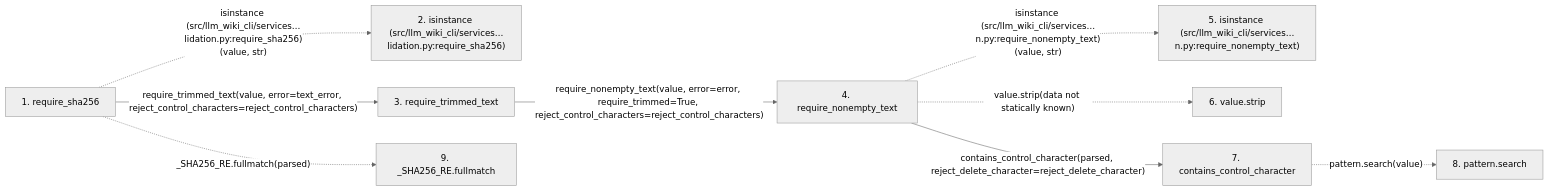
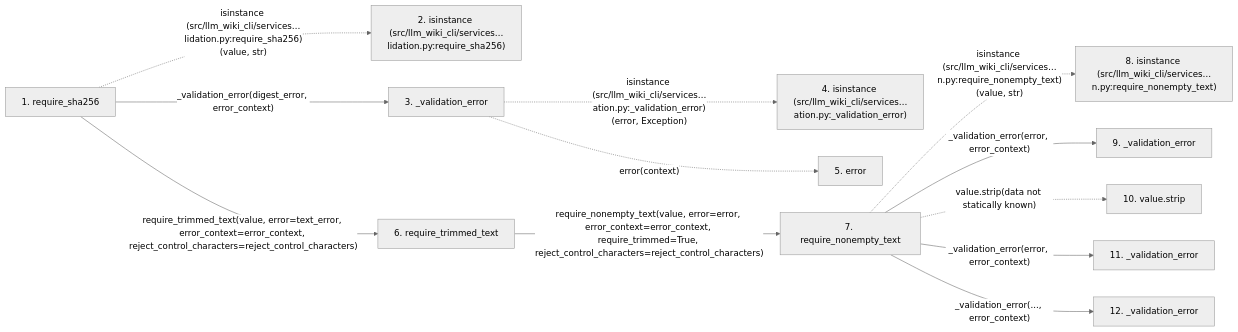
The second of 2 diagrams in docs/llm_wiki/flows/api-require_sha256.md (Denissvgn/python-wiki-llm), drawn with Mermaid (neutral theme) before and after one commit. The commit also changed other lines of this file and 627 other files, not shown here.

````diff
--- a/docs/llm_wiki/flows/api-require_sha256.md
+++ b/docs/llm_wiki/flows/api-require_sha256.md
@@ -50,24 +61,33 @@
 ```mermaid
 flowchart LR
     s1["1. require_sha256"]
     s2["2. isinstance (src/llm_wiki_cli/services…lidation.py:require_sha256)"]
-    s3["3. require_trimmed_text"]
-    s4["4. require_nonempty_text"]
-    s5["5. isinstance (src/llm_wiki_cli/services…n.py:require_nonempty_text)"]
-    s6["6. value.strip"]
-    s7["7. contains_control_character"]
-    s8["8. pattern.search"]
-    s9["9. _SHA256_RE.fullmatch"]
+    s3["3. _validation_error"]
+    s4["4. isinstance (src/llm_wiki_cli/services…ation.py:_validation_error)"]
+    s5["5. error"]
+    s6["6. require_trimmed_text"]
+    s7["7. require_nonempty_text"]
+    s8["8. isinstance (src/llm_wiki_cli/services…n.py:require_nonempty_text)"]
+    s9["9. _validation_error"]
+    s10["10. value.strip"]
+    s11["11. _validation_error"]
+    s12["12. _validation_error"]
     s1 -. "isinstance (src/llm_wiki_cli/services…lidation.py:require_sha256)(value, str)" .-> s2
-    s1 -->|"require_trimmed_text(value, error=text_error, reject_control_characters=reject_control_characters)"| s3
-    s3 -->|"require_nonempty_text(value, error=error, require_trimmed=True, reject_control_characters=reject_control_characters)"| s4
-    s4 -. "isinstance (src/llm_wiki_cli/services…n.py:require_nonempty_text)(value, str)" .-> s5
-    s4 -. "value.strip(data not statically known)" .-> s6
-    s4 -->|"contains_control_character(parsed, reject_delete_character=reject_delete_character)"| s7
-    s7 -. "pattern.search(value)" .-> s8
-    s1 -. "_SHA256_RE.fullmatch(parsed)" .-> s9
+    s1 -->|"_validation_error(digest_error, error_context)"| s3
+    s3 -. "isinstance (src/llm_wiki_cli/services…ation.py:_validation_error)(error, Exception)" .-> s4
+    s3 -. "error(context)" .-> s5
+    s1 -->|"require_trimmed_text(value, error=text_error, error_context=error_context, reject_control_characters=reject_control_characters)"| s6
+    s6 -->|"require_nonempty_text(value, error=error, error_context=error_context, require_trimmed=True, reject_control_characters=reject_control_characters)"| s7
+    s7 -. "isinstance (src/llm_wiki_cli/services…n.py:require_nonempty_text)(value, str)" .-> s8
+    s7 -->|"_validation_error(error, error_context)"| s9
+    s7 -. "value.strip(data not statically known)" .-> s10
+    s7 -->|"_validation_error(error, error_context)"| s11
+    s7 -->|"_validation_error(..., error_context)"| s12
     click s1 "../modules/validation.md"
     click s3 "../modules/validation.md"
-    click s4 "../modules/validation.md"
+    click s6 "../modules/validation.md"
     click s7 "../modules/validation.md"
+    click s9 "../modules/validation.md"
+    click s11 "../modules/validation.md"
+    click s12 "../modules/validation.md"
 ```
````
